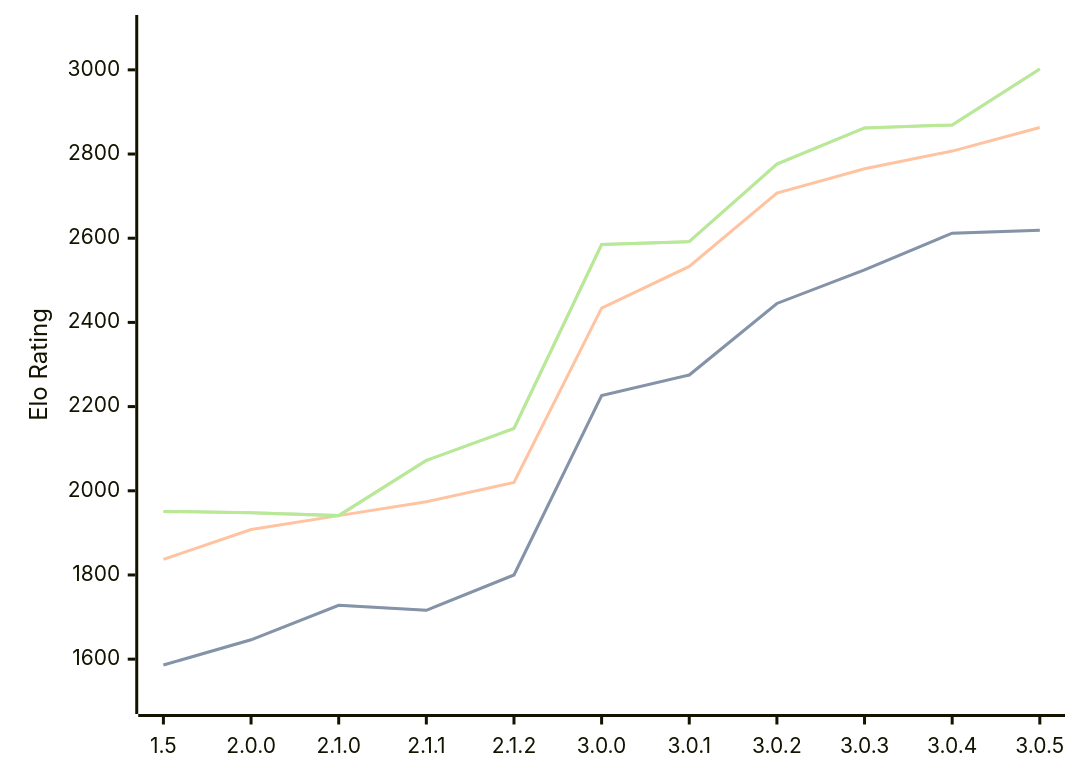
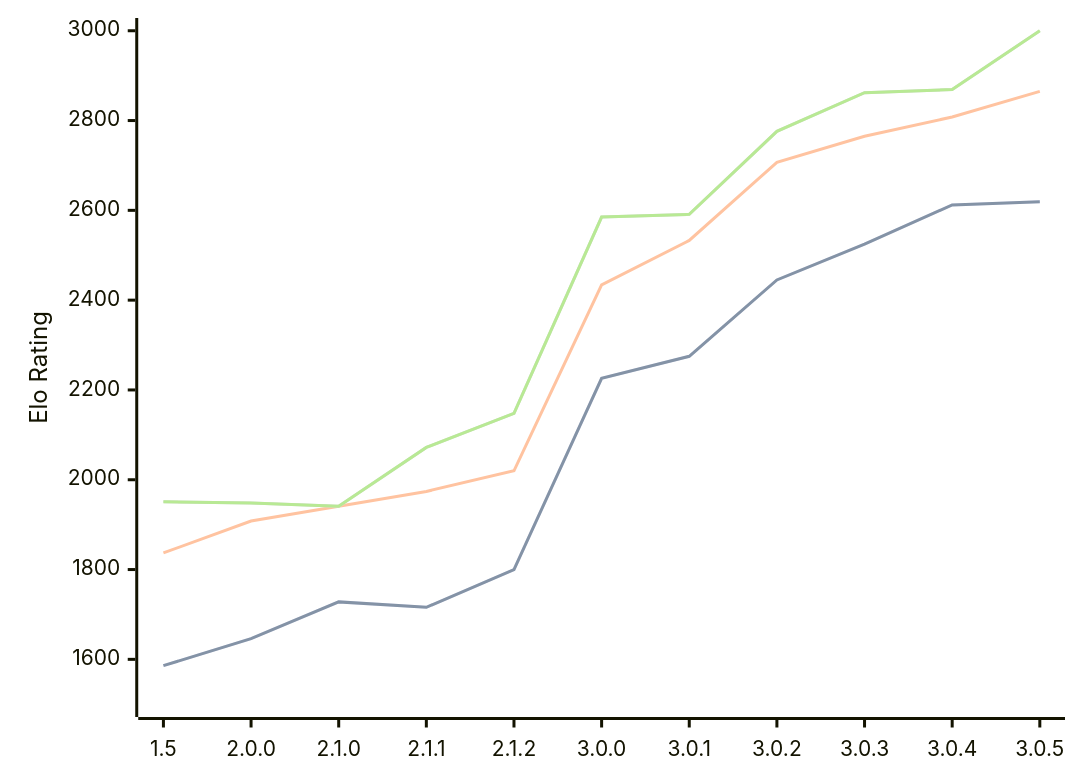
Before and after one commit to computer-chess-index/cci: the diagram in engines/Rudim.md, drawn with Mermaid. The commit also changed other lines of this file, not shown here.

Commit message:
Update CCI Ratings (ELO VLTC) - 2026-07-29

````diff
--- a/engines/Rudim.md
+++ b/engines/Rudim.md
@@ -50,11 +50,11 @@
 ```mermaid
 %%{init: {"theme":"base","themeVariables":{"seriesColors:['#a3a3a3','#222221','#faa371']}}}%%
 xychart-beta
   x-axis ["1.5", "2.0.0", "2.1.0", "2.1.1", "2.1.2", "3.0.0", "3.0.1", "3.0.2", "3.0.3", "3.0.4", "3.0.5"]
-  y-axis "Elo Rating" 1500 --> 3100
+  y-axis "Elo Rating" 1500 --> 3000
   line "STC (8.0+0.08s)" [1586, 1646, 1728, 1716, 1800, 2226, 2275, 2445, 2525, 2612, 2619]
   line "STC (8.0+0.08s)" [1586, 1646, 1728, 1716, 1800, 2226, 2275, 2445, 2525, 2612, 2619]
-  line "LTC (60.0+0.60s)" [1837, 1908, 1941, 1974, 2020, 2434, 2533, 2707, 2765, 2807, 2863]
-  line "VLTC (2m24s+1.12s)" [1951, 1948, 1941, 2072, 2148, 2585, 2592, 2776, 2862, 2869, 3002]
-  line "VLTC (2m24s+1.12s)" [1951, 1948, 1941, 2072, 2148, 2585, 2592, 2776, 2862, 2869, 3002]
+  line "LTC (60.0+0.60s)" [1837, 1908, 1941, 1974, 2020, 2434, 2533, 2707, 2765, 2808, 2865]
+  line "VLTC (2m24s+1.12s)" [1951, 1948, 1941, 2072, 2148, 2585, 2591, 2776, 2862, 2869, 3000]
+  line "VLTC (2m24s+1.12s)" [1951, 1948, 1941, 2072, 2148, 2585, 2591, 2776, 2862, 2869, 3000]
 ```
````
